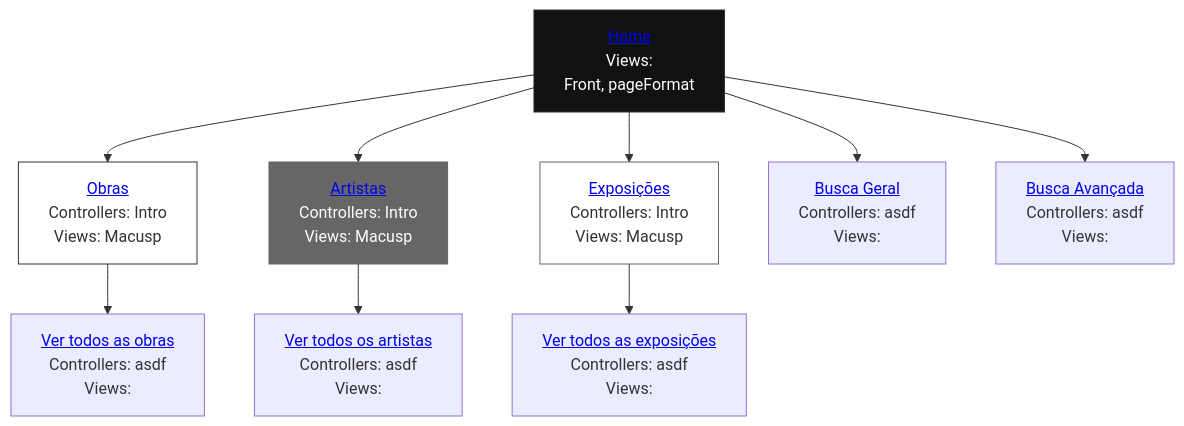
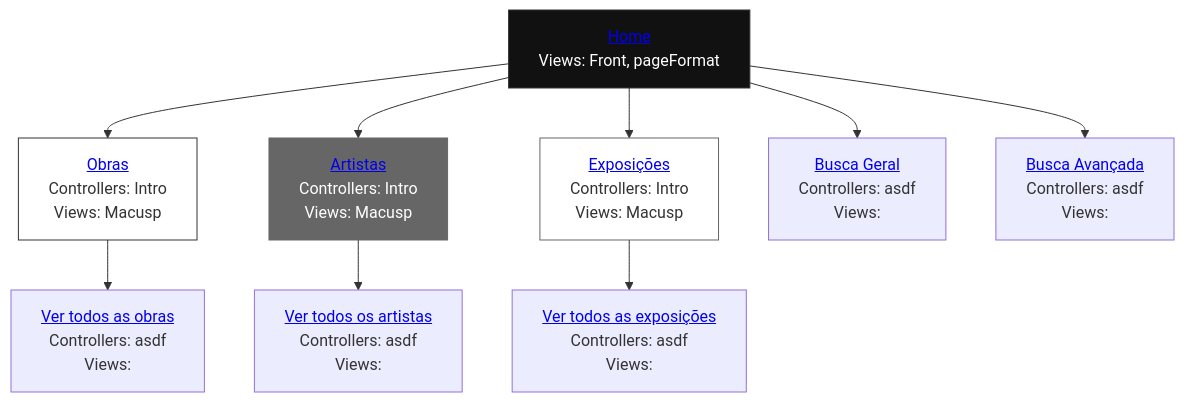
One commit to reynaldocv/macusp changed the diagram in README.md. Above: the diagram before and after it, drawn with Mermaid.

````diff
--- a/README.md
+++ b/README.md
@@ -245,29 +245,29 @@
 ```mermaid
 graph TD
     %% Parte superior e inferior del primer puesto
-    home["           <a href='http://143.107.130.173/admacervo/macusp/index.php'> Home </a> <br> Views: <br> Front, pageFormat"]
+    home["           <a href='http://143.107.130.173/admacervo/macusp/index.php'> Home </a> <br> Views: Front, pageFormat"]
     works["          <a href='http://143.107.130.173/admacervo/macusp/index.php/Intro/works'>Obras</a>      <br> Controllers: Intro <br> Views: Macusp"]
     artists["        <a href='http://143.107.130.173/admacervo/macusp/index.php/Intro/artists'>Artistas</a>  <br> Controllers: Intro <br> Views: Macusp"]
     exhibitions["    <a href='http://143.107.130.173/admacervo/macusp/index.php/Intro/exhibitions'>Exposições</a> <br> Controllers: Intro <br> Views: Macusp"]
     search["         <a href='https://link.com'> Busca Geral </a> <br>  Controllers: asdf <br>  Views: "]
     advancedSearch[" <a href='https://link.com'> Busca Avançada</a> <br>  Controllers: </strong> asdf <br>  Views: "]
     viewWorks[" <a href='https://link.com'> Ver todos as obras</a> <br>  Controllers: </strong> asdf <br>  Views: "]
     viewArtists[" <a href='https://link.com'> Ver todos os artistas</a> <br>  Controllers: </strong> asdf <br>  Views: "]
     viewExhibitions[" <a href='https://link.com'> Ver todos as exposições</a> <br>  Controllers: </strong> asdf <br>  Views: "]
     
     %% Conexión del organigrama (une la parte inferior de uno con la superior del otro)
     home --> works
     home --> artists
     home --> exhibitions
     home --> search
     home --> advancedSearch
     works --> viewWorks
     artists --> viewArtists    
     exhibitions --> viewExhibitions
 
     %% Estilos para que parezcan una sola pieza
     style home fill:#111,stroke:#333,color:#fff
     style works fill:#fff,stroke:#333
     style artists fill:#666,stroke:#666,color:#fff
     style exhibitions fill:#fff,stroke:#666
 ```
````
